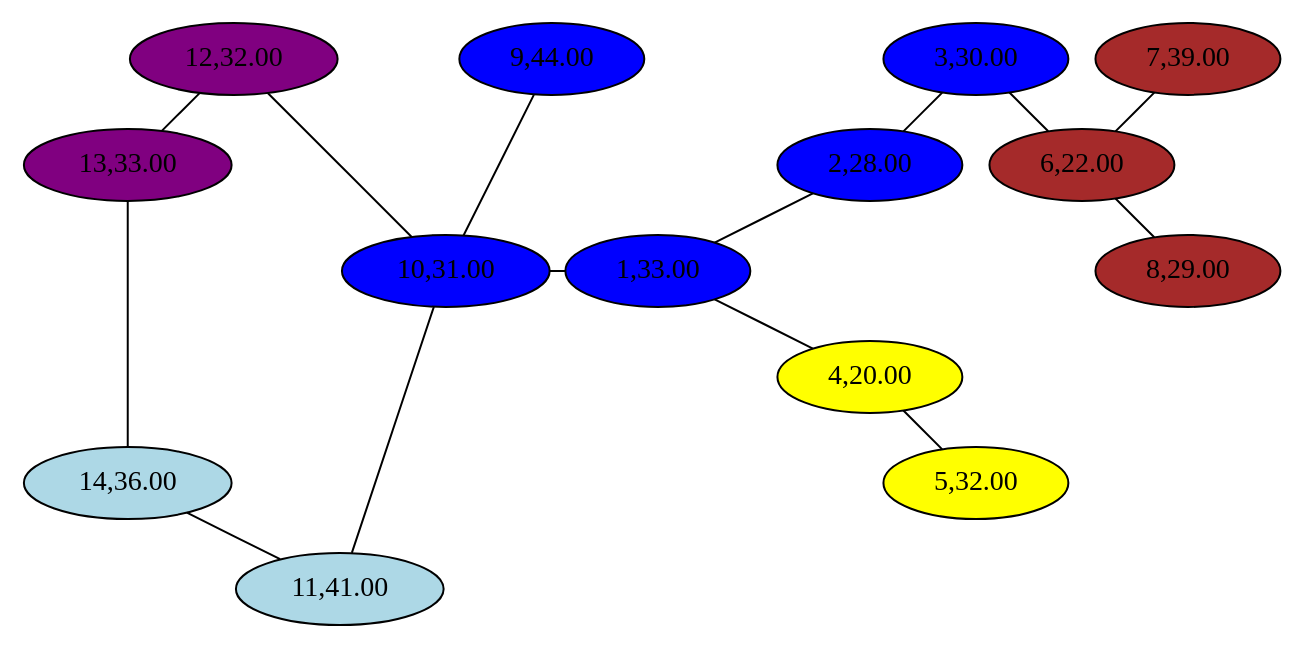
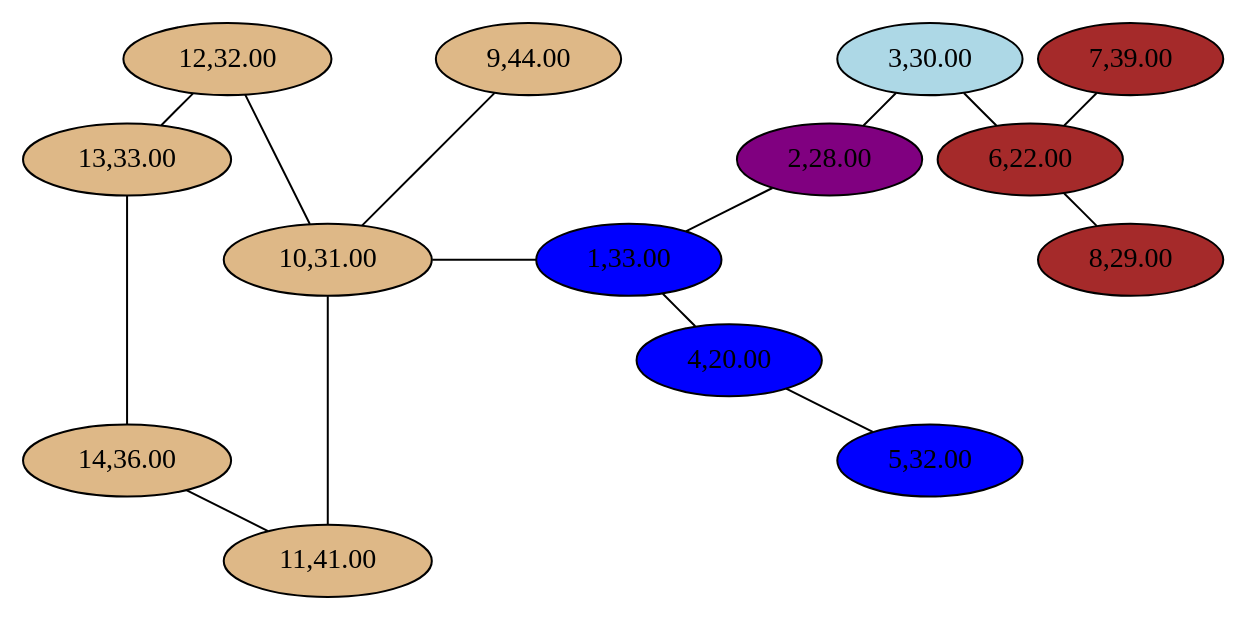
The diagram in test.dot (GiorgosMarga/vanet_d_clustering), drawn with Graphviz before and after one commit. The commit also changed 19 other files, not shown here.

```diff
--- a/test.dot
+++ b/test.dot
@@ -1,32 +1,32 @@
 graph RandomGraph {
 	graph [layout=neato, splines=true, overlap=false];
 
-	6 [pos="9.000000,4.000000!" fillcolor="brown" style="filled" label="6,22.00"];
-	10 [pos="3.000000,3.000000!" fillcolor="blue" style="filled" label="10,31.00"];
-	13 [pos="0.000000,4.000000!" fillcolor="purple" style="filled" label="13,33.00"];
+	5 [pos="8.000000,1.000000!" fillcolor="blue" style="filled" label="5,32.00"];
+	14 [pos="0.000000,1.000000!" fillcolor="burlywood" style="filled" label="14,36.00"];
 	1 [pos="5.000000,3.000000!" fillcolor="blue" style="filled" label="1,33.00"];
-	4 [pos="7.000000,2.000000!" fillcolor="yellow" style="filled" label="4,20.00"];
-	5 [pos="8.000000,1.000000!" fillcolor="yellow" style="filled" label="5,32.00"];
 	7 [pos="10.000000,5.000000!" fillcolor="brown" style="filled" label="7,39.00"];
 	8 [pos="10.000000,3.000000!" fillcolor="brown" style="filled" label="8,29.00"];
-	12 [pos="1.000000,5.000000!" fillcolor="purple" style="filled" label="12,32.00"];
-	2 [pos="7.000000,4.000000!" fillcolor="blue" style="filled" label="2,28.00"];
-	9 [pos="4.000000,5.000000!" fillcolor="blue" style="filled" label="9,44.00"];
-	14 [pos="0.000000,1.000000!" fillcolor="lightblue" style="filled" label="14,36.00"];
-	3 [pos="8.000000,5.000000!" fillcolor="blue" style="filled" label="3,30.00"];
-	11 [pos="2.000000,0.000000!" fillcolor="lightblue" style="filled" label="11,41.00"];
+	9 [pos="4.000000,5.000000!" fillcolor="burlywood" style="filled" label="9,44.00"];
+	12 [pos="1.000000,5.000000!" fillcolor="burlywood" style="filled" label="12,32.00"];
+	4 [pos="6.000000,2.000000!" fillcolor="blue" style="filled" label="4,20.00"];
+	13 [pos="0.000000,4.000000!" fillcolor="burlywood" style="filled" label="13,33.00"];
+	3 [pos="8.000000,5.000000!" fillcolor="lightblue" style="filled" label="3,30.00"];
+	6 [pos="9.000000,4.000000!" fillcolor="brown" style="filled" label="6,22.00"];
+	10 [pos="2.000000,3.000000!" fillcolor="burlywood" style="filled" label="10,31.00"];
+	11 [pos="2.000000,0.000000!" fillcolor="burlywood" style="filled" label="11,41.00"];
+	2 [pos="7.000000,4.000000!" fillcolor="purple" style="filled" label="2,28.00"];
+	9 -- 10;
 	12 -- 13;
-	1 -- 10;
-	1 -- 2;
-	1 -- 4;
 	4 -- 5;
-	2 -- 3;
-	9 -- 10;
-	3 -- 6;
-	11 -- 14;
 	13 -- 14;
 	6 -- 7;
 	6 -- 8;
 	10 -- 11;
 	10 -- 12;
+	11 -- 14;
+	2 -- 3;
+	3 -- 6;
+	1 -- 2;
+	1 -- 4;
+	1 -- 10;
 }
```
